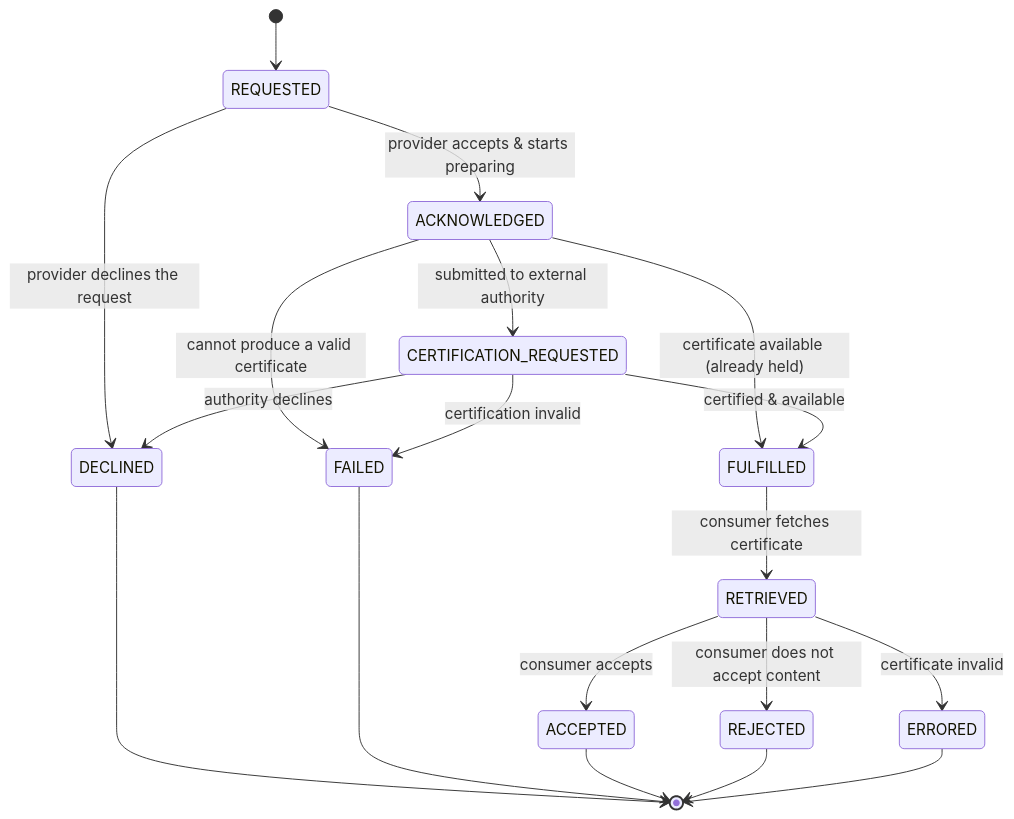
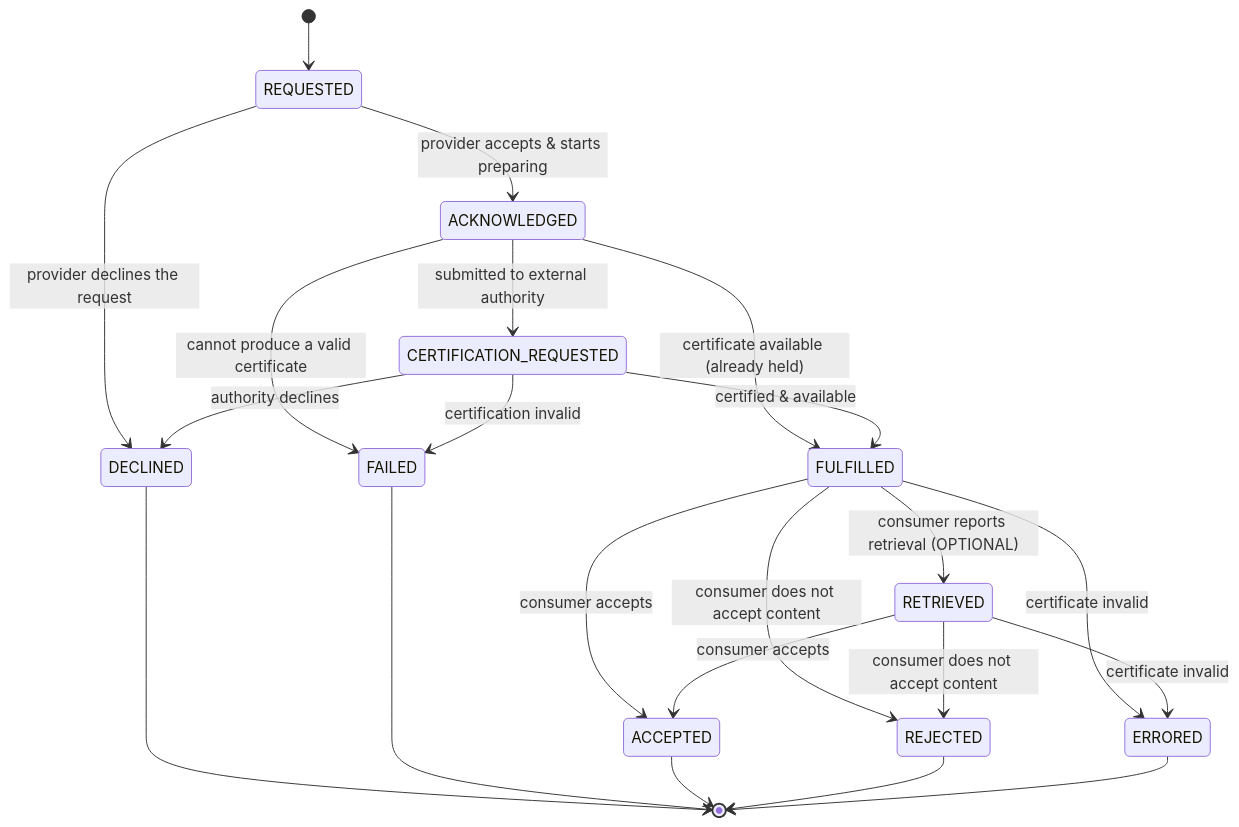
Before and after one commit to Metaform/certo: the first of 3 diagrams in docs/ccm/CX-0135-CompanyCertificateManagement-CloudEvents.md, drawn with Mermaid. The commit also changed other lines of this file and 38 other files, not shown here.

Commit message:
feat: implement edge-case flows and simplify retrieved transition to make it optional

````diff
--- a/docs/ccm/CX-0135-CompanyCertificateManagement-CloudEvents.md
+++ b/docs/ccm/CX-0135-CompanyCertificateManagement-CloudEvents.md
@@ -84,21 +84,24 @@
 ```mermaid
 stateDiagram-v2
     [*] --> REQUESTED
     REQUESTED --> ACKNOWLEDGED: provider accepts & starts preparing
     REQUESTED --> DECLINED: provider declines the request
     ACKNOWLEDGED --> CERTIFICATION_REQUESTED: submitted to external authority
     ACKNOWLEDGED --> FULFILLED: certificate available (already held)
     ACKNOWLEDGED --> FAILED: cannot produce a valid certificate
     CERTIFICATION_REQUESTED --> FULFILLED: certified & available
     CERTIFICATION_REQUESTED --> DECLINED: authority declines
     CERTIFICATION_REQUESTED --> FAILED: certification invalid
-    FULFILLED --> RETRIEVED: consumer fetches certificate
+    FULFILLED --> RETRIEVED: consumer reports retrieval (OPTIONAL)
+    FULFILLED --> ACCEPTED: consumer accepts
+    FULFILLED --> REJECTED: consumer does not accept content
+    FULFILLED --> ERRORED: certificate invalid
     RETRIEVED --> ACCEPTED: consumer accepts
     RETRIEVED --> REJECTED: consumer does not accept content
     RETRIEVED --> ERRORED: certificate invalid
     DECLINED --> [*]
     FAILED --> [*]
     ACCEPTED --> [*]
     REJECTED --> [*]
     ERRORED --> [*]
 ```
````
